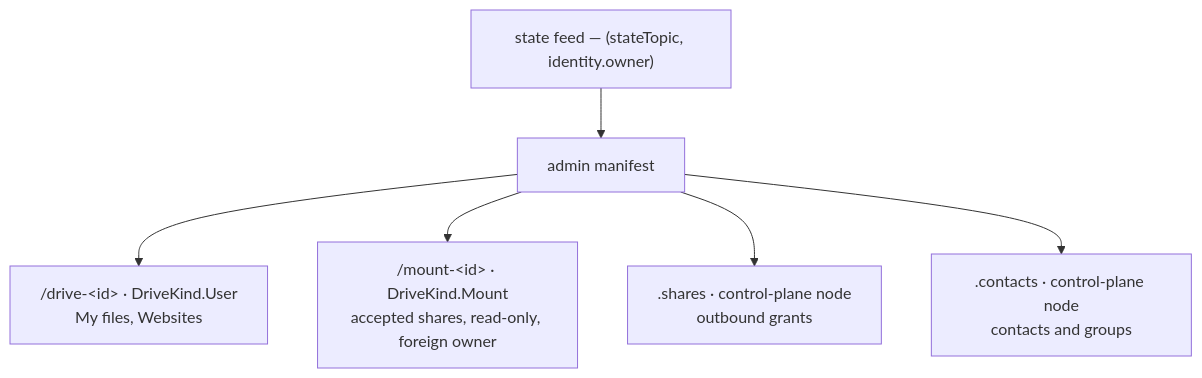
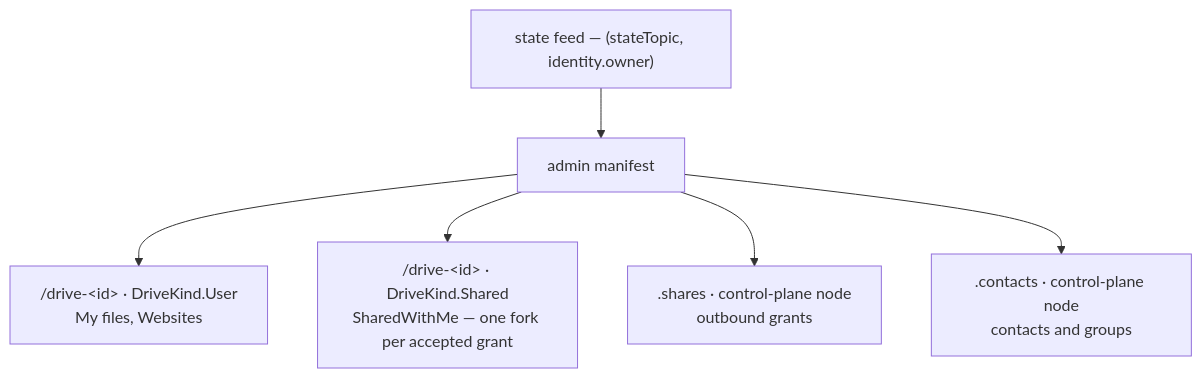
The second of 4 diagrams in docs/ACCESS_CONTROL.md (Solar-Punk-Ltd/file-manager-lib), drawn with Mermaid before and after one commit. The commit also changed other lines of this file and 9 other files, not shown here.

````diff
--- a/docs/ACCESS_CONTROL.md
+++ b/docs/ACCESS_CONTROL.md
@@ -182,8 +188,8 @@
 ```mermaid
 flowchart TD
     SF["state feed — (stateTopic, identity.owner)"] --> AM["admin manifest"]
     AM --> D1["/drive-&lt;id&gt; · DriveKind.User<br/>My files, Websites"]
-    AM --> M1["/mount-&lt;id&gt; · DriveKind.Mount<br/>accepted shares, read-only, foreign owner"]
+    AM --> M1["/drive-&lt;id&gt; · DriveKind.Shared<br/>SharedWithMe — one fork per accepted grant"]
     AM --> S1[".shares · control-plane node<br/>outbound grants"]
     AM --> C1[".contacts · control-plane node<br/>contacts and groups"]
 ```
````
